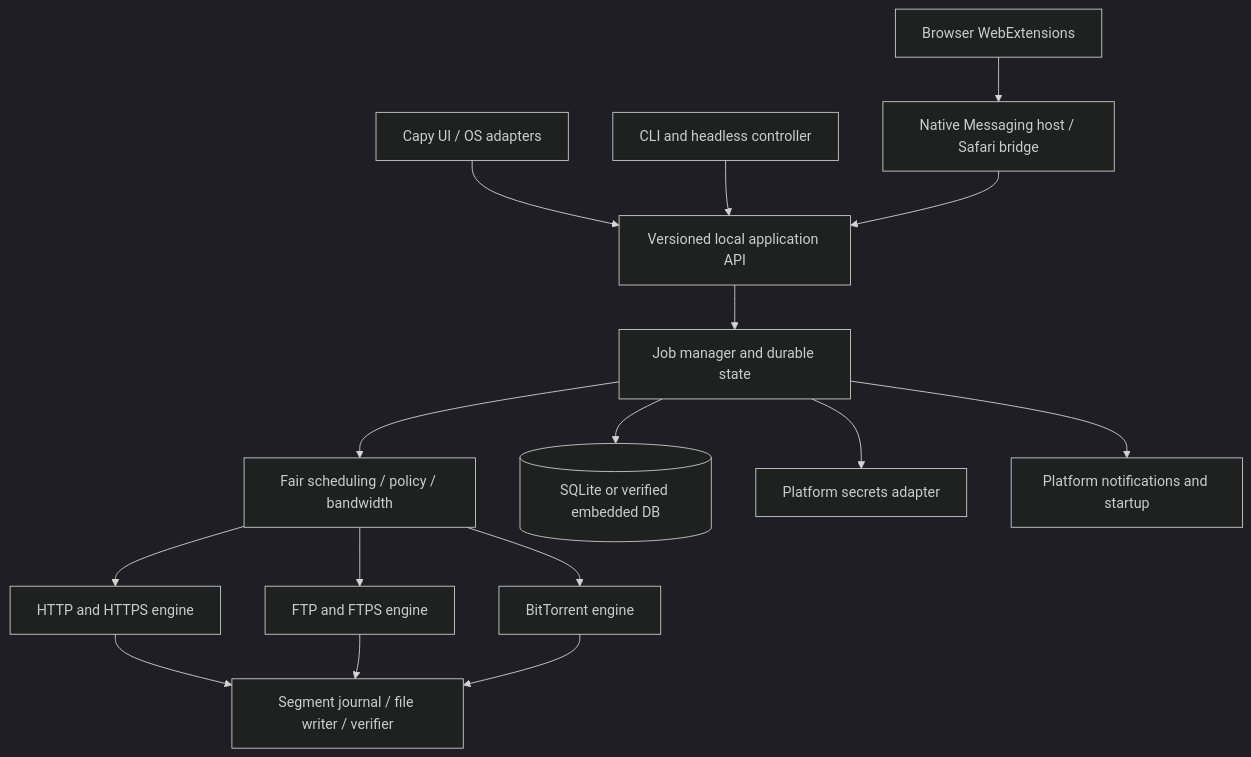
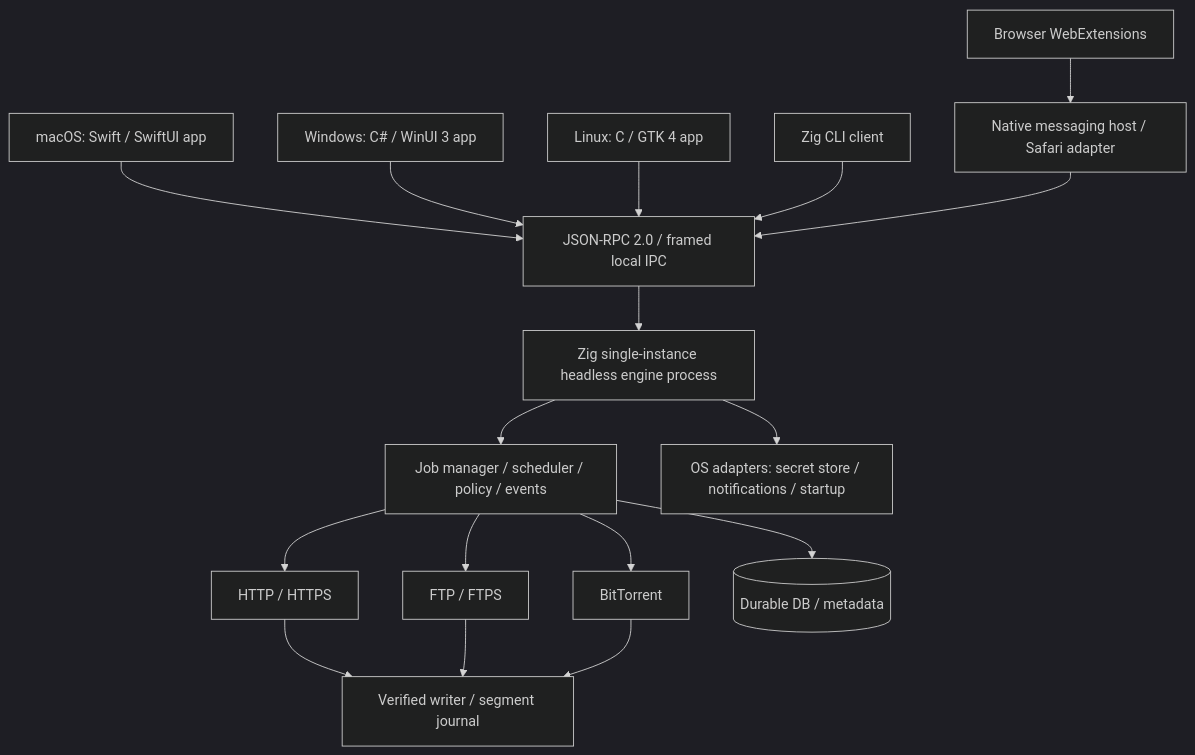
One commit to MJKhaani/SpeedDownload changed the diagram in PROJECT.md. Above: the diagram before and after it, drawn with Mermaid (dark theme). The commit also changed other lines of this file and 8 other files, not shown here.

Commit message:
Adopt native GUI and local IPC architecture

````diff
--- a/PROJECT.md
+++ b/PROJECT.md
@@ -204,18 +225,19 @@
 ```mermaid
 flowchart TD
-  UI[Capy UI / OS adapters] --> API[Versioned local application API]
-  CLI[CLI and headless controller] --> API
-  EXT[Browser WebExtensions] --> NM[Native Messaging host / Safari bridge]
-  NM --> API
-  API --> CORE[Job manager and durable state]
-  CORE --> QUEUE[Fair scheduling / policy / bandwidth]
-  QUEUE --> HTTP[HTTP and HTTPS engine]
-  QUEUE --> FTP[FTP and FTPS engine]
-  QUEUE --> BT[BitTorrent engine]
-  HTTP --> STORE[Segment journal / file writer / verifier]
+  MAC[macOS: Swift / SwiftUI app] --> IPC[JSON-RPC 2.0 / framed local IPC]
+  WIN[Windows: C# / WinUI 3 app] --> IPC
+  LIN[Linux: C / GTK 4 app] --> IPC
+  CLI[Zig CLI client] --> IPC
+  EXT[Browser WebExtensions] --> NM[Native messaging host / Safari adapter]
+  NM --> IPC
+  IPC --> DAEMON[Zig single-instance headless engine process]
+  DAEMON --> CORE[Job manager / scheduler / policy / events]
+  CORE --> HTTP[HTTP / HTTPS]
+  CORE --> FTP[FTP / FTPS]
+  CORE --> BT[BitTorrent]
+  HTTP --> STORE[Verified writer / segment journal]
   FTP --> STORE
   BT --> STORE
-  CORE --> DB[(SQLite or verified embedded DB)]
-  CORE --> SECRET[Platform secrets adapter]
-  CORE --> NOTIF[Platform notifications and startup]
+  CORE --> DB[(Durable DB / metadata)]
+  DAEMON --> OS[OS adapters: secret store / notifications / startup]
 ```
````
